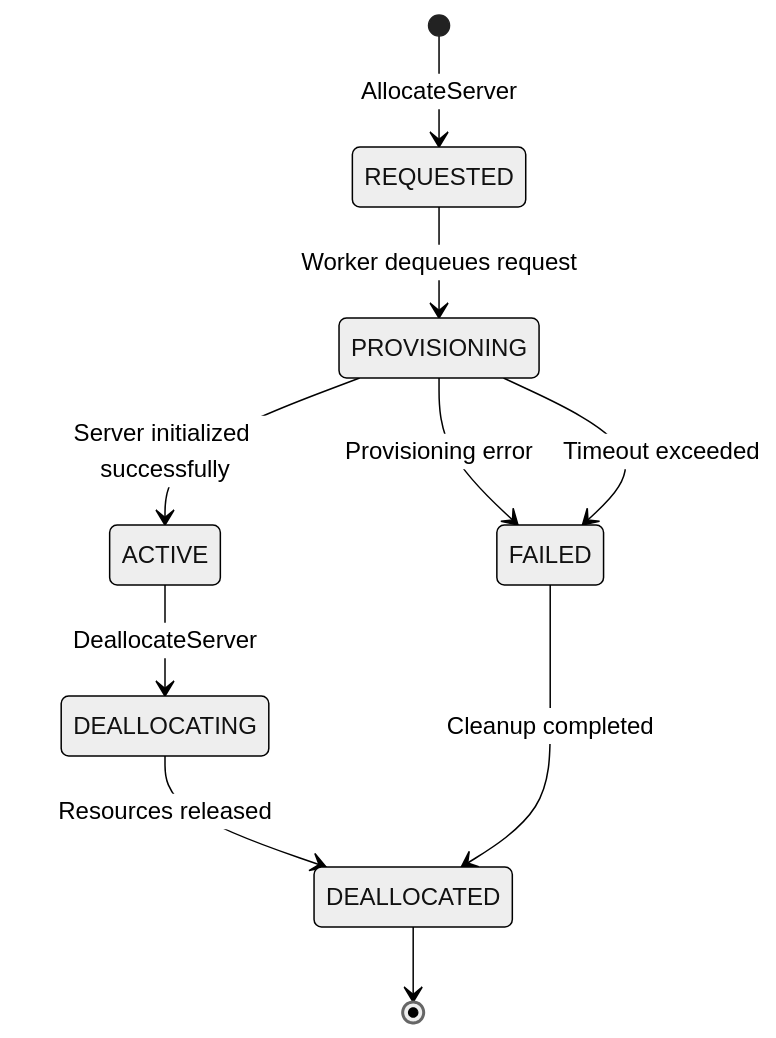
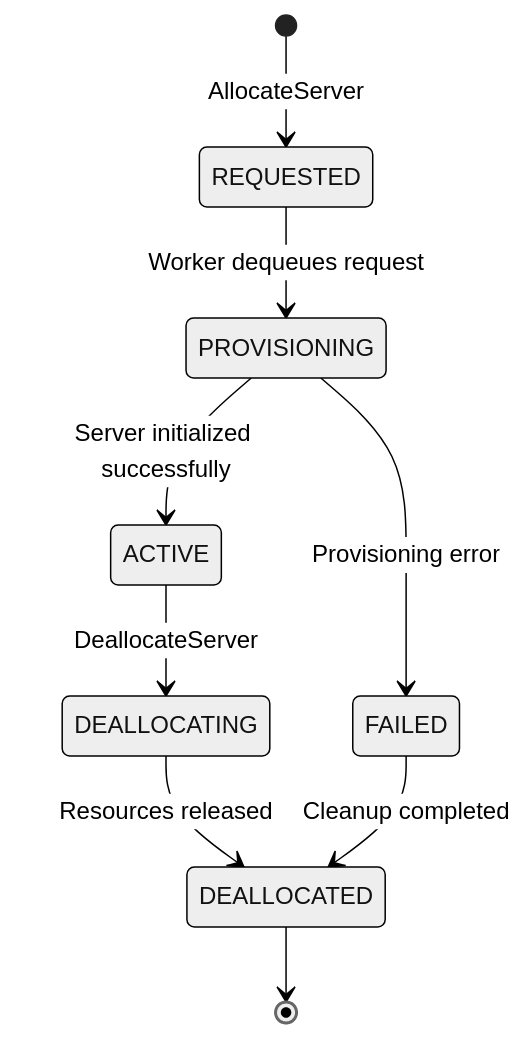
One commit to milescjohnson/milescjohnson.github.io changed the diagram in portfolio/api-reference.md. Above: the diagram before and after it, drawn with Mermaid (neutral theme). The commit also changed other lines of this file, not shown here.

````diff
--- a/portfolio/api-reference.md
+++ b/portfolio/api-reference.md
@@ -77,17 +77,11 @@
-```mermaid
+<div class="mermaid">
 stateDiagram-v2
     [*] --> REQUESTED : AllocateServer
-
     REQUESTED --> PROVISIONING : Worker dequeues request
     PROVISIONING --> ACTIVE : Server initialized successfully
-
     PROVISIONING --> FAILED : Provisioning error
-    PROVISIONING --> FAILED : Timeout exceeded
-
     ACTIVE --> DEALLOCATING : DeallocateServer
     DEALLOCATING --> DEALLOCATED : Resources released
-
     FAILED --> DEALLOCATED : Cleanup completed
-
     DEALLOCATED --> [*]
-```
+</div>
````
